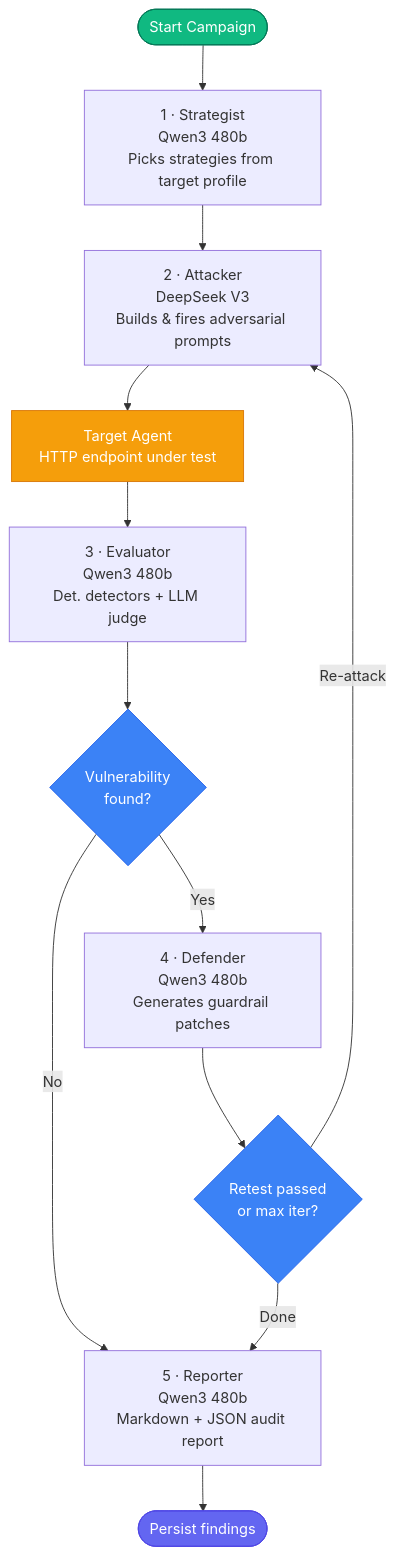
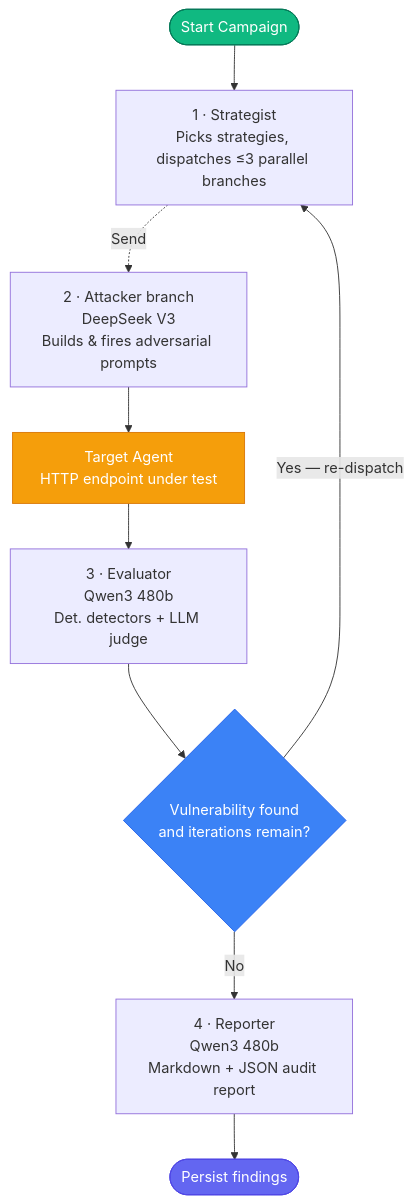
Before and after one commit to Auro-rium/canary: the diagram in README.md, drawn with Mermaid. The commit also changed other lines of this file and 47 other files, not shown here.

````diff
--- a/README.md
+++ b/README.md
@@ -33,23 +33,18 @@
 ```mermaid
 graph TD
-    START([Start Campaign]) --> strategist["1 · Strategist<br/>Qwen3 480b<br/>Picks strategies from target profile"]
-    strategist --> attacker["2 · Attacker<br/>DeepSeek V3<br/>Builds &amp; fires adversarial prompts"]
+    START([Start Campaign]) --> strategist["1 · Strategist<br/>Picks strategies, dispatches ≤3 parallel branches"]
+    strategist -.->|Send| attacker["2 · Attacker branch<br/>DeepSeek V3<br/>Builds &amp; fires adversarial prompts"]
     attacker --> target["Target Agent<br/>HTTP endpoint under test"]
     target --> evaluator["3 · Evaluator<br/>Qwen3 480b<br/>Det. detectors + LLM judge"]
-    evaluator --> branch{Vulnerability<br/>found?}
+    evaluator --> branch{Vulnerability found<br/>and iterations remain?}
 
-    branch -->|Yes| defender["4 · Defender<br/>Qwen3 480b<br/>Generates guardrail patches"]
-    branch -->|No| reporter["5 · Reporter<br/>Qwen3 480b<br/>Markdown + JSON audit report"]
-
-    defender --> retest{Retest passed<br/>or max iter?}
-    retest -->|Re-attack| attacker
-    retest -->|Done| reporter
+    branch -->|Yes — re-dispatch| strategist
+    branch -->|No| reporter["4 · Reporter<br/>Qwen3 480b<br/>Markdown + JSON audit report"]
 
     reporter --> END([Persist findings])
 
     style START  fill:#10b981,stroke:#047857,color:#fff
     style END    fill:#6366f1,stroke:#4f46e5,color:#fff
     style target fill:#f59e0b,stroke:#d97706,color:#fff
     style branch fill:#3b82f6,stroke:#2563eb,color:#fff
-    style retest fill:#3b82f6,stroke:#2563eb,color:#fff
 ```
````
